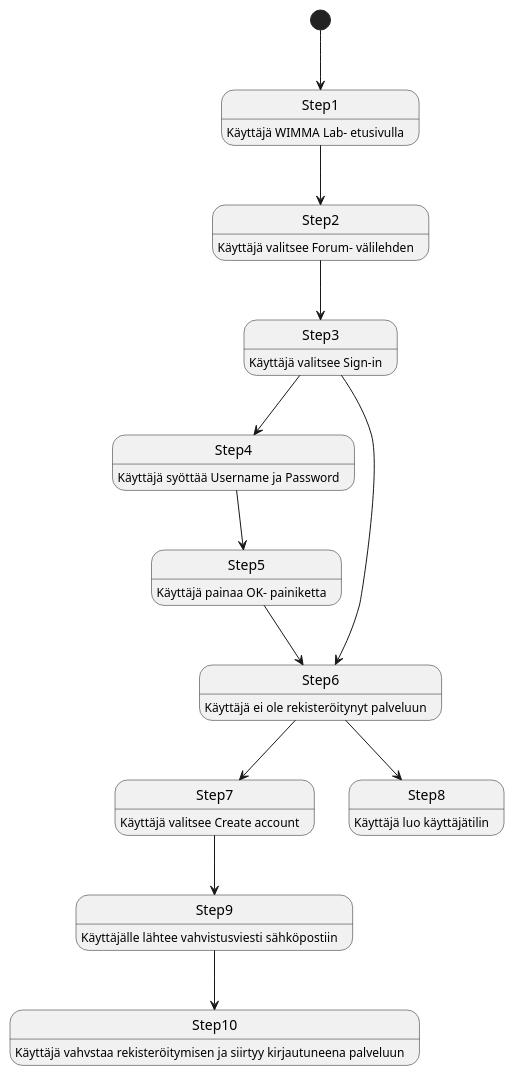
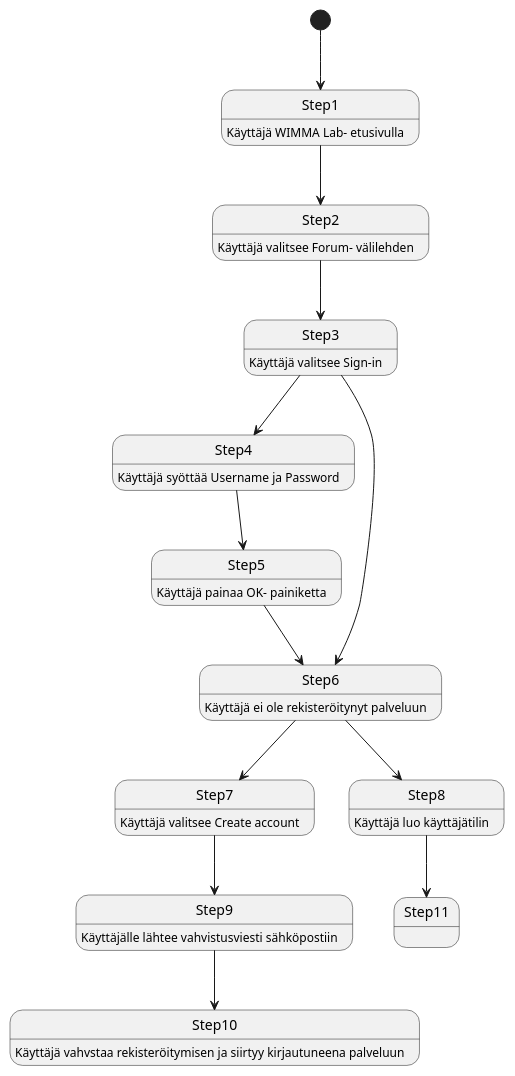
Before and after one commit to ninaleo/S2021-AB5160-core: the third of 7 diagrams in dokumentit/20-Vaatimustenhallinta/vaatimusmaaritely-tiivis.md, drawn with PlantUML.

````diff
--- a/dokumentit/20-Vaatimustenhallinta/vaatimusmaaritely-tiivis.md
+++ b/dokumentit/20-Vaatimustenhallinta/vaatimusmaaritely-tiivis.md
@@ -117,25 +117,26 @@
 ```plantuml
 Step1: Käyttäjä WIMMA Lab- etusivulla 
 Step2: Käyttäjä valitsee Forum- välilehden  
 Step3: Käyttäjä valitsee Sign-in 
 Step4: Käyttäjä syöttää Username ja Password
 Step5: Käyttäjä painaa OK- painiketta
 Step6: Käyttäjä ei ole rekisteröitynyt palveluun
 Step7: Käyttäjä valitsee Create account
 Step8: Käyttäjä luo käyttäjätilin
 Step9: Käyttäjälle lähtee vahvistusviesti sähköpostiin
 Step10: Käyttäjä vahvstaa rekisteröitymisen ja siirtyy kirjautuneena palveluun
 
 
 [*] --> Step1
 Step1 --> Step2
 Step2 --> Step3
 Step3 --> Step6
 Step3 --> Step4
 Step4 --> Step5
 Step5 --> Step6
 Step6 --> Step7
 Step6 --> Step8 
+Step8 --> Step11
 Step7 --> Step9
 Step9 --> Step10
 ```
````
